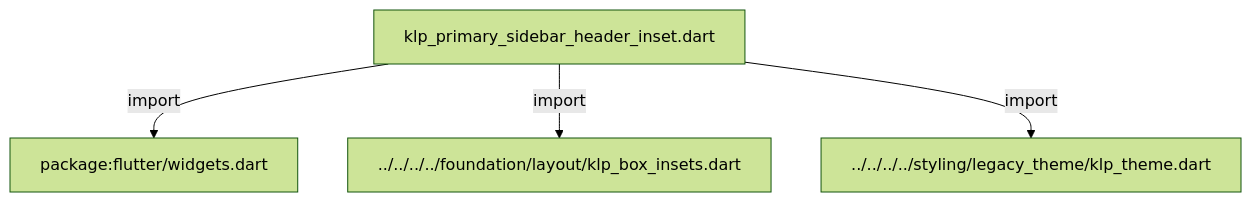
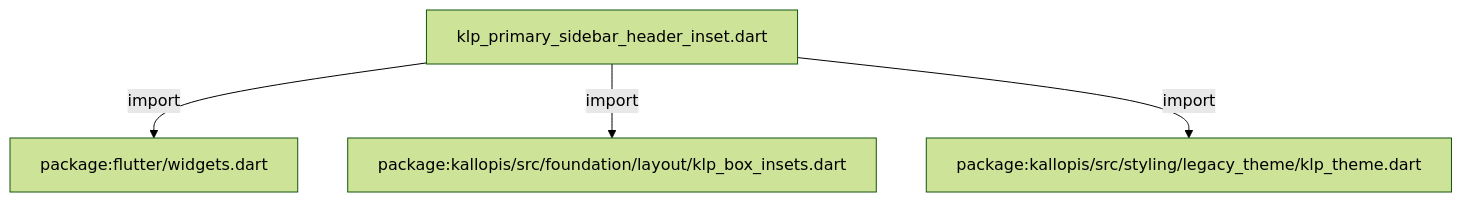
The first of 2 diagrams in docs/architecture/src/features/workspace/shell/sidebar/klp_primary_sidebar_header_inset.md (MiuDog/Kallopis), drawn with Mermaid (forest theme) before and after one commit. The commit also changed other lines of this file and 9688 other files, not shown here.

Commit message:
Prepare isolated Flow F2 peer baseline

````diff
--- a/docs/architecture/src/features/workspace/shell/sidebar/klp_primary_sidebar_header_inset.md
+++ b/docs/architecture/src/features/workspace/shell/sidebar/klp_primary_sidebar_header_inset.md
@@ -11,10 +11,10 @@
 ```mermaid
 flowchart TD
 	n0["klp_primary_sidebar_header_inset.dart"]
 	n1["package:flutter/widgets.dart"]
-	n2["../../../../foundation/layout/klp_box_insets.dart"]
-	n3["../../../../styling/legacy_theme/klp_theme.dart"]
+	n2["package:kallopis/src/foundation/layout/klp_box_insets.dart"]
+	n3["package:kallopis/src/styling/legacy_theme/klp_theme.dart"]
 	n0 -->|"import"| n1
 	n0 -->|"import"| n2
 	n0 -->|"import"| n3
 ```
````
